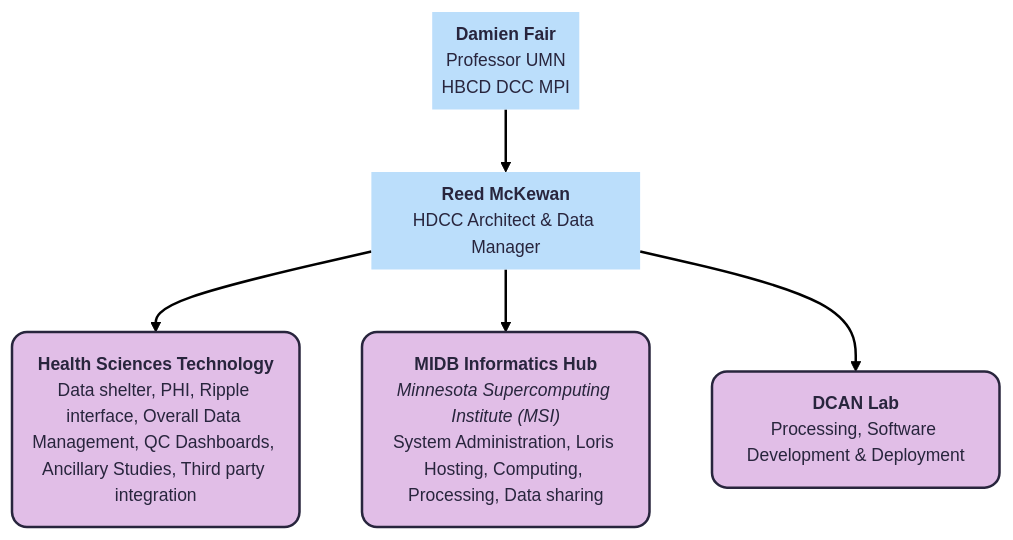
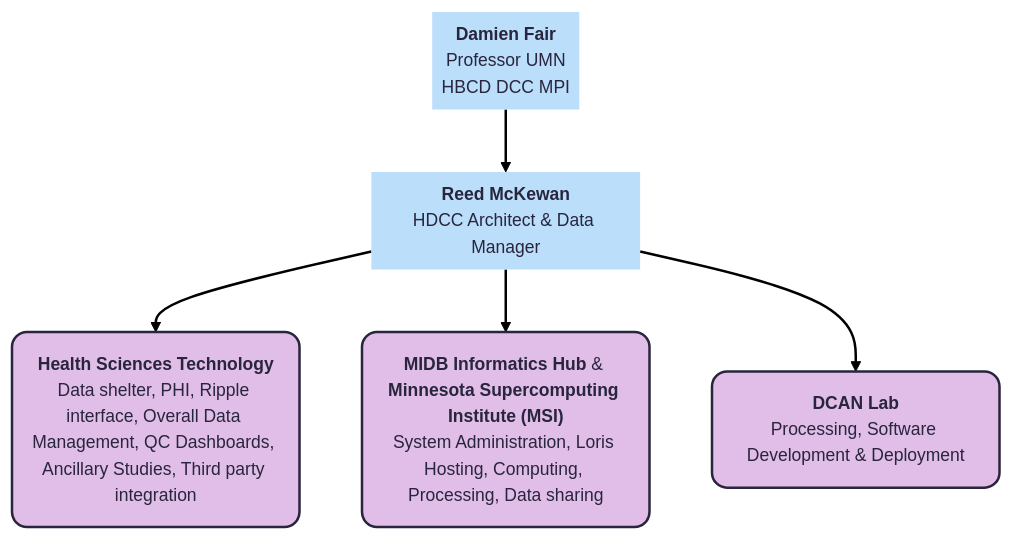
The third of 10 diagrams in docs/orgcharts.md (DCAN-Labs/hbcd-docs-internal), drawn with Mermaid before and after one commit. The commit also changed other lines of this file, not shown here.

````diff
--- a/docs/orgcharts.md
+++ b/docs/orgcharts.md
@@ -280,23 +280,23 @@
 ```mermaid
 ---
 config:
   theme: redux
   layout: dagre
 ---
 flowchart TB
     A["<b>Damien Fair</b><br>Professor UMN<br>HBCD DCC MPI"] --> A1["<b>Reed McKewan</b><br>HDCC Architect &amp; Data Manager"]
-    A1 --> HST["<b>Health Sciences Technology</b><br>Data shelter, PHI, Ripple interface, Overall Data Management, QC Dashboards, Ancillary Studies, Third party integration"] & MIDB["<b>MIDB Informatics Hub</b><br><i>Minnesota Supercomputing Institute (MSI)</i><br>System Administration, Loris Hosting, Computing, Processing, Data sharing"] & DCAN["<b>DCAN Lab</b><br>Processing, Software Development &amp; Deployment"]
+    A1 --> HST["<b>Health Sciences Technology</b><br>Data shelter, PHI, Ripple interface, Overall Data Management, QC Dashboards, Ancillary Studies, Third party integration"] & MIDB["<b>MIDB Informatics Hub</b> & <b>Minnesota Supercomputing Institute (MSI)</b><br>System Administration, Loris Hosting, Computing, Processing, Data sharing"] & DCAN["<b>DCAN Lab</b><br>Processing, Software Development &amp; Deployment"]
     A@{ shape: text}
     A1@{ shape: text}
     HST@{ shape: rounded}
     MIDB@{ shape: rounded}
     DCAN@{ shape: rounded}
     style A fill:#BBDEFB
     style A1 fill:#BBDEFB
     style HST fill:#E1BEE7
     style MIDB fill:#E1BEE7
     style DCAN fill:#E1BEE7
     click HST "#health-sciences-technology-hst"
-    click MIDB "#masonic-institute-for-the-developing-brain-midb-informatics-hub"
+    click MIDB "#midb-informatics-hub-msi"
     click DCAN "#dcan-lab"
 ```
````
